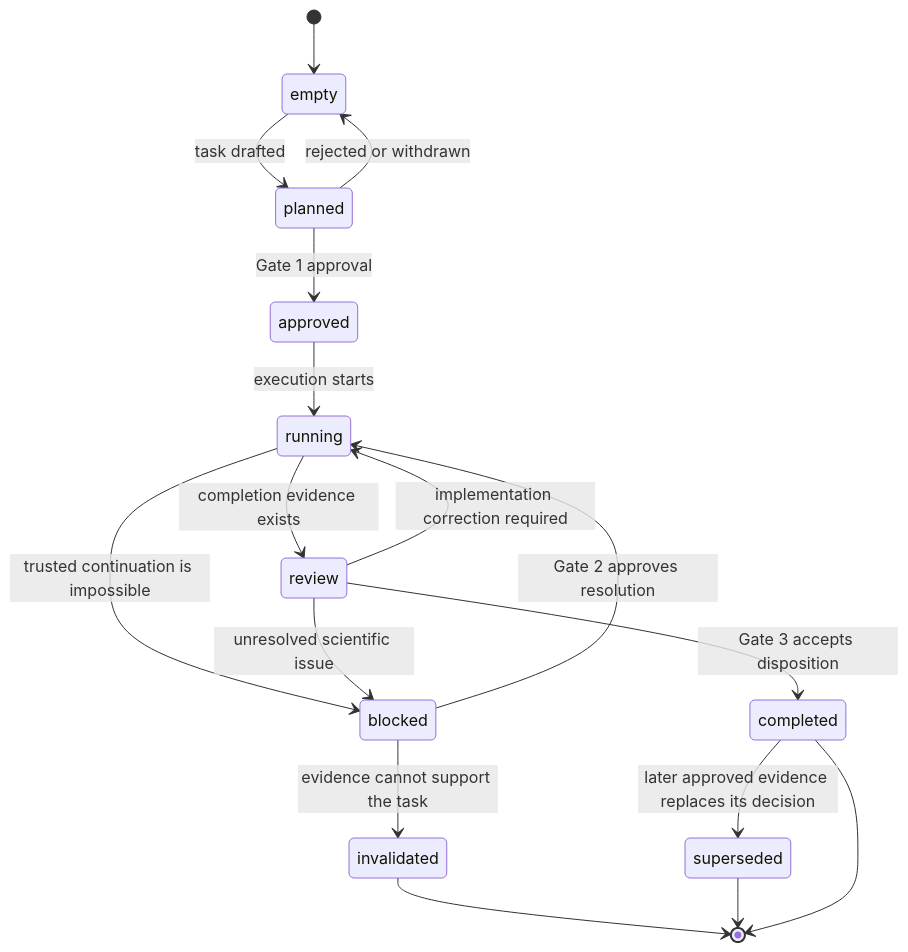
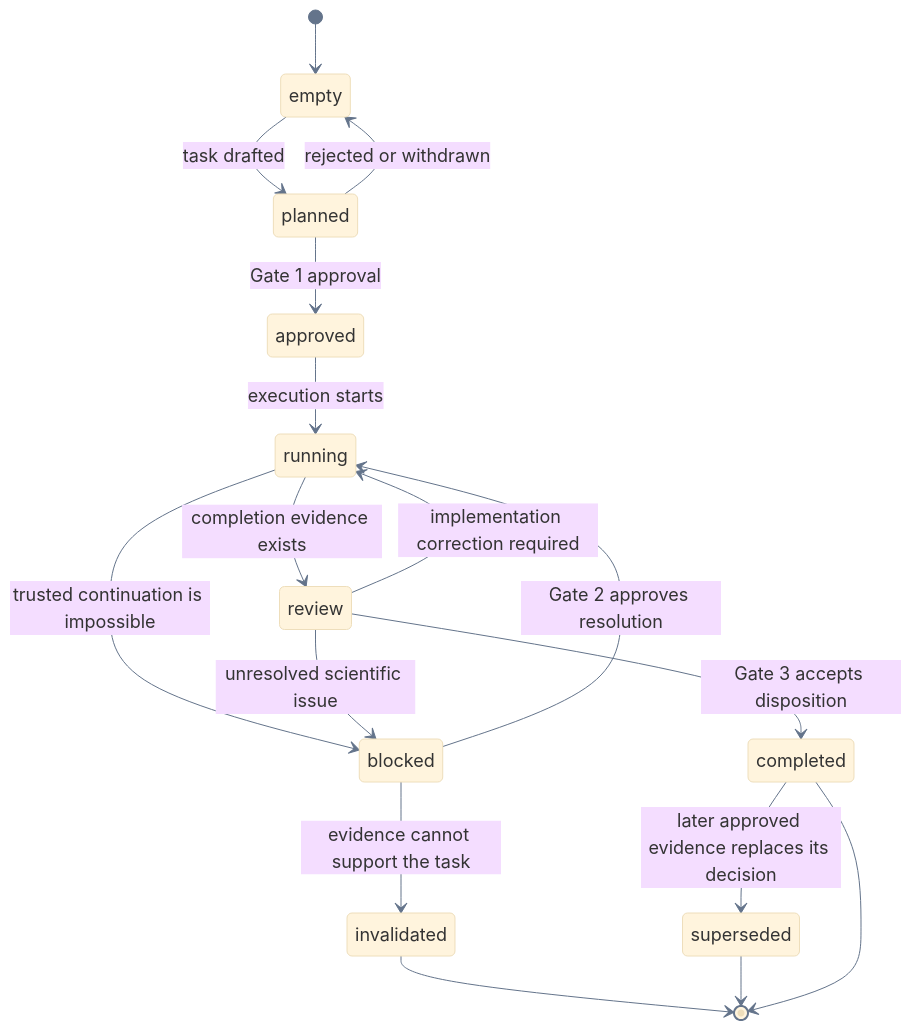
Before and after one commit to Jhziiiig/research-agent-template: the eighth of 8 diagrams in workflow/PROCESS_MAP.md, drawn with Mermaid. The commit also changed other lines of this file and 2 other files, not shown here.

Commit message:
Improve workflow diagram readability

````diff
--- a/workflow/PROCESS_MAP.md
+++ b/workflow/PROCESS_MAP.md
@@ -179,19 +265,20 @@
 ```mermaid
+%%{init: {"theme":"base","themeVariables":{"fontFamily":"Arial, sans-serif","fontSize":"18px","lineColor":"#64748B"},"state":{"useMaxWidth":true}}}%%
 stateDiagram-v2
     [*] --> empty
     empty --> planned: task drafted
     planned --> approved: Gate 1 approval
     planned --> empty: rejected or withdrawn
     approved --> running: execution starts
     running --> blocked: trusted continuation is impossible
     blocked --> running: Gate 2 approves resolution
     blocked --> invalidated: evidence cannot support the task
     running --> review: completion evidence exists
     review --> running: implementation correction required
     review --> blocked: unresolved scientific issue
     review --> completed: Gate 3 accepts disposition
     completed --> superseded: later approved evidence replaces its decision
     invalidated --> [*]
     superseded --> [*]
     completed --> [*]
 ```
````
